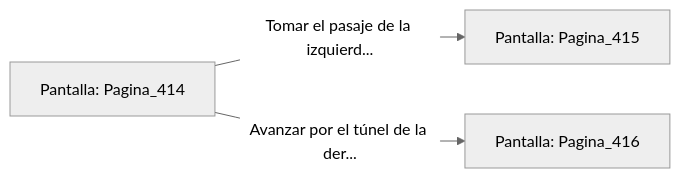
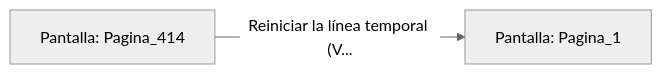
Before and after one commit to metsuke/mpl: the diagram in sample/eligejuego-vault/Pantalla_Pagina_414.md, drawn with Mermaid (neutral theme). The commit also changed other lines of this file and 635 other files, not shown here.

First line of the commit message:
fix: añadir Pagina_1 como pantalla inicial en capitulo_01.mpl

````diff
--- a/sample/eligejuego-vault/Pantalla_Pagina_414.md
+++ b/sample/eligejuego-vault/Pantalla_Pagina_414.md
@@ -20,6 +17,5 @@
 ```mermaid
 graph LR
     P_Pagina_414["Pantalla: Pagina_414"]
-    P_Pagina_414 -->|"Tomar el pasaje de la izquierd..."| P_Pagina_415["Pantalla: Pagina_415"]
-    P_Pagina_414 -->|"Avanzar por el túnel de la der..."| P_Pagina_416["Pantalla: Pagina_416"]
+    P_Pagina_414 -->|"Reiniciar la línea temporal (V..."| P_Pagina_1["Pantalla: Pagina_1"]
 ```
````
